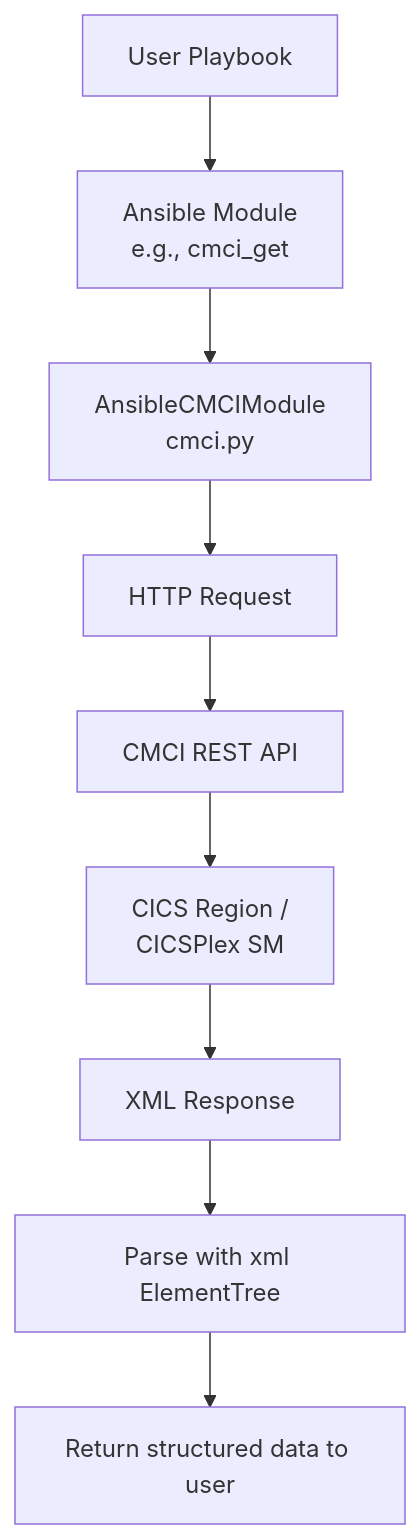
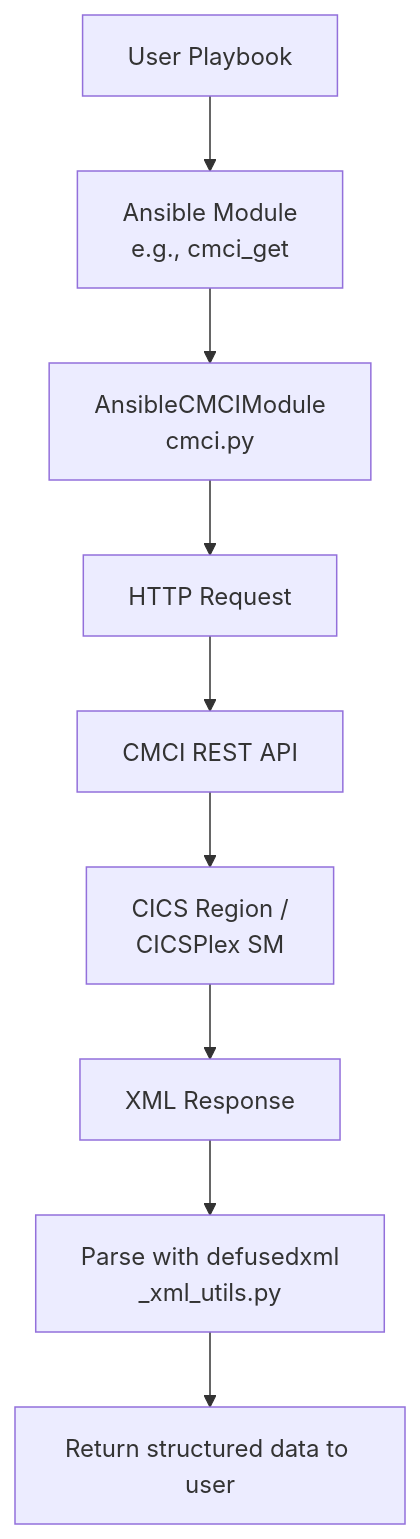
Before and after one commit to ansible-collections/ibm_zos_cics: the first of 2 diagrams in Architecture.md, drawn with Mermaid. The commit also changed other lines of this file and 2 other files, not shown here.

````diff
--- a/Architecture.md
+++ b/Architecture.md
@@ -153,11 +159,11 @@
 ```mermaid
 flowchart TD
     A[User Playbook] --> B[Ansible Module<br/>e.g., cmci_get]
     B --> C[AnsibleCMCIModule<br/>cmci.py]
     C --> D[HTTP Request]
     D --> E[CMCI REST API]
     E --> F[CICS Region /<br/>CICSPlex SM]
     F --> G[XML Response]
-    G --> H[Parse with xml ElementTree]
+    G --> H[Parse with defusedxml<br/>_xml_utils.py]
     H --> I[Return structured data to user]
 ```
````
